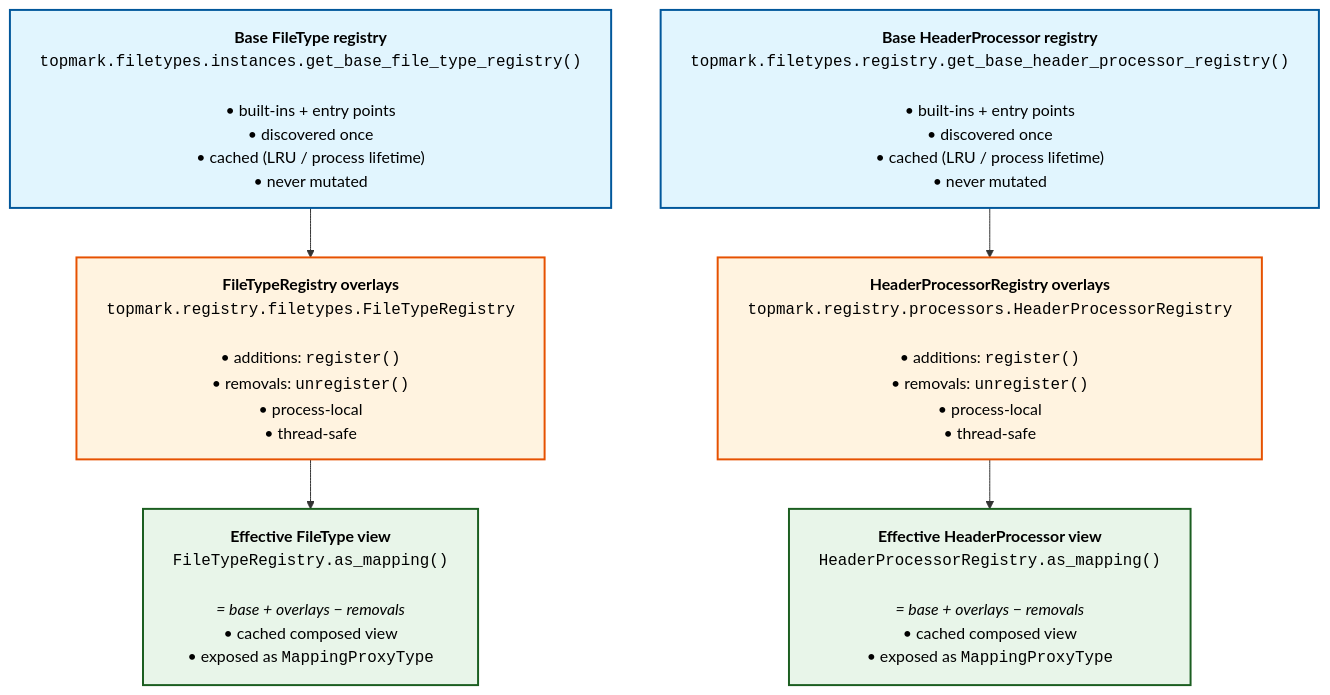
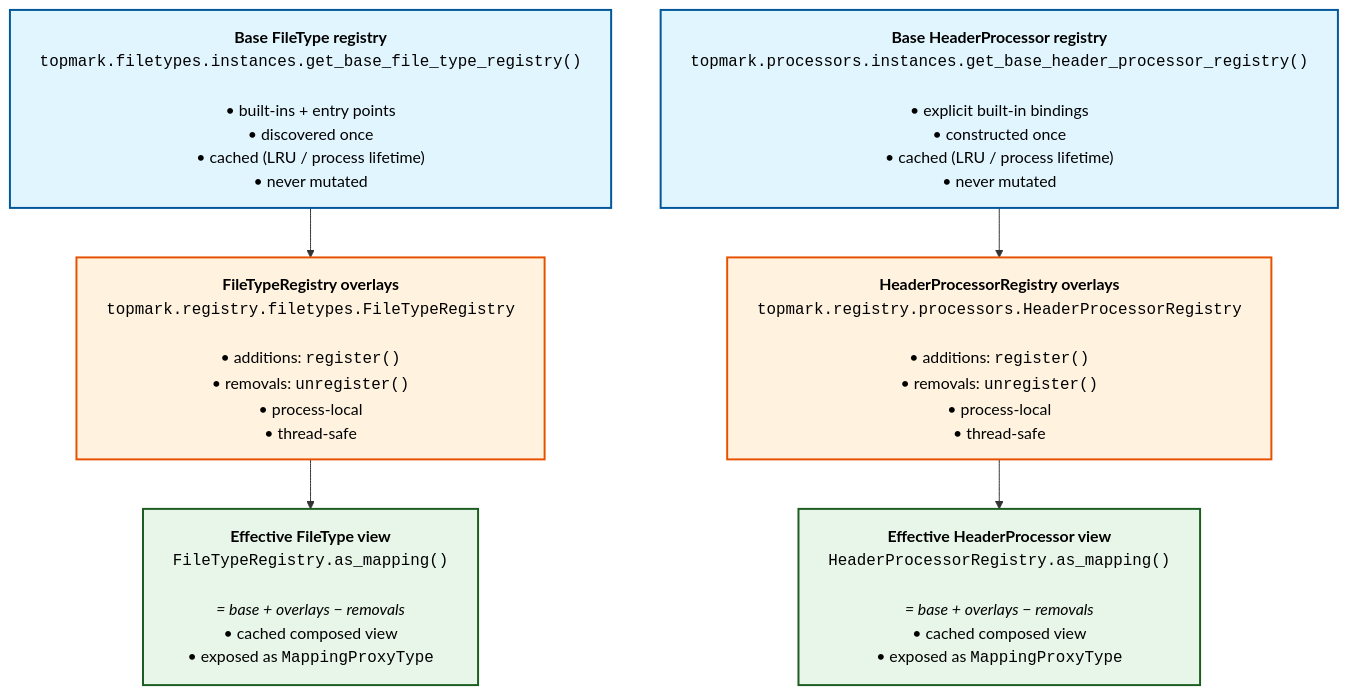
Before and after one commit to shutterfreak/topmark: the first of 2 diagrams in docs/dev/architecture.md, drawn with Mermaid. The commit also changed other lines of this file and 42 other files, not shown here.

First line of the commit message:
refactor(registry): switch processor registration to explicit bindings

````diff
--- a/docs/dev/architecture.md
+++ b/docs/dev/architecture.md
@@ -64,28 +64,28 @@
 ```mermaid
 graph TD
     %% Base registries (built-ins + entry points)
     BFT["<b>Base FileType registry</b><br/><code>topmark.filetypes.instances.get_base_file_type_registry()</code><br/><br/>• built-ins + entry points<br/>• discovered once<br/>• cached (LRU / process lifetime)<br/>• never mutated"]
-    BHP["<b>Base HeaderProcessor registry</b><br/><code>topmark.filetypes.registry.get_base_header_processor_registry()</code><br/><br/>• built-ins + entry points<br/>• discovered once<br/>• cached (LRU / process lifetime)<br/>• never mutated"]
+    BHP["<b>Base HeaderProcessor registry</b><br/><code>topmark.processors.instances.get_base_header_processor_registry()</code><br/><br/>• explicit built-in bindings<br/>• constructed once<br/>• cached (LRU / process lifetime)<br/>• never mutated"]
 
     %% Overlay state (process-local)
     OFT["<b>FileTypeRegistry overlays</b><br/><code>topmark.registry.filetypes.FileTypeRegistry</code><br/><br/>• additions: <code>register()</code><br/>• removals: <code>unregister()</code><br/>• process-local<br/>• thread-safe"]
     OHP["<b>HeaderProcessorRegistry overlays</b><br/><code>topmark.registry.processors.HeaderProcessorRegistry</code><br/><br/>• additions: <code>register()</code><br/>• removals: <code>unregister()</code><br/>• process-local<br/>• thread-safe"]
 
     %% Composed effective views
     EFT["<b>Effective FileType view</b><br/><code>FileTypeRegistry.as_mapping()</code><br/><br/><i>= base + overlays − removals</i><br/>• cached composed view<br/>• exposed as <code>MappingProxyType</code>"]
     EHP["<b>Effective HeaderProcessor view</b><br/><code>HeaderProcessorRegistry.as_mapping()</code><br/><br/><i>= base + overlays − removals</i><br/>• cached composed view<br/>• exposed as <code>MappingProxyType</code>"]
 
     %% Composition flow
     BFT --> OFT
     BHP --> OHP
     OFT --> EFT
     OHP --> EHP
 
     classDef base fill:#e1f5fe,stroke:#01579b,stroke-width:2px,color:#000;
     classDef overlay fill:#fff3e0,stroke:#e65100,stroke-width:2px,color:#000;
     classDef view fill:#e8f5e9,stroke:#1b5e20,stroke-width:2px,color:#000;
 
     class BFT,BHP base;
     class OFT,OHP overlay;
     class EFT,EHP view;
 ```
````
